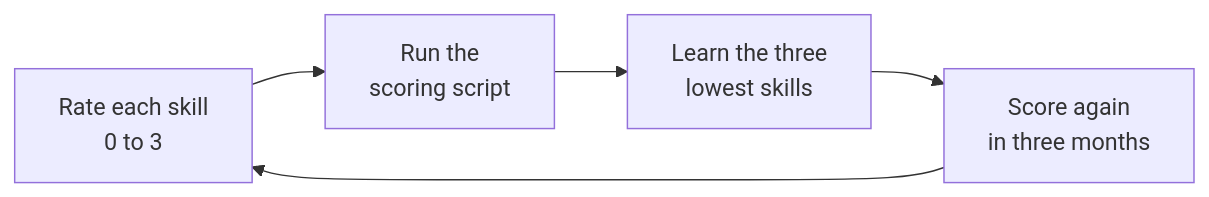
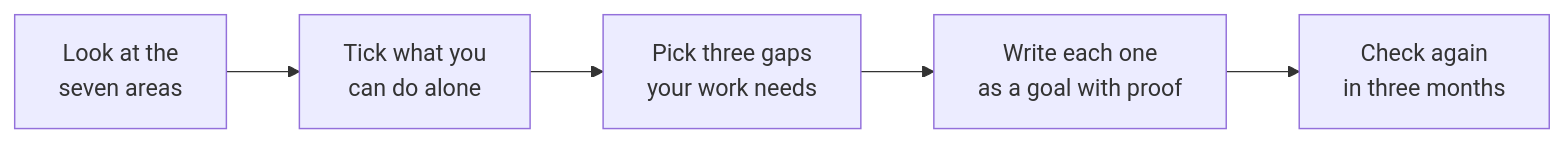
Before and after one commit to arshaduzzaman-sm/zero-to-sdet: the diagram in docs/think-like-a-tester/the-sdet-role/skills-map.md, drawn with Mermaid. The commit also changed other lines of this file and 23 other files, not shown here.

````diff
--- a/docs/think-like-a-tester/the-sdet-role/skills-map.md
+++ b/docs/think-like-a-tester/the-sdet-role/skills-map.md
@@ -39,7 +39,7 @@
 ```mermaid
 flowchart LR
-    A["Rate each skill<br/>0 to 3"] --> B["Run the<br/>scoring script"]
-    B --> C["Learn the three<br/>lowest skills"]
-    C --> D["Score again<br/>in three months"]
-    D --> A
+    A["Look at the<br/>seven areas"] --> B["Tick what you<br/>can do alone"]
+    B --> C["Pick three gaps<br/>your work needs"]
+    C --> D["Write each one<br/>as a goal with proof"]
+    D --> E["Check again<br/>in three months"]
 ```
````
